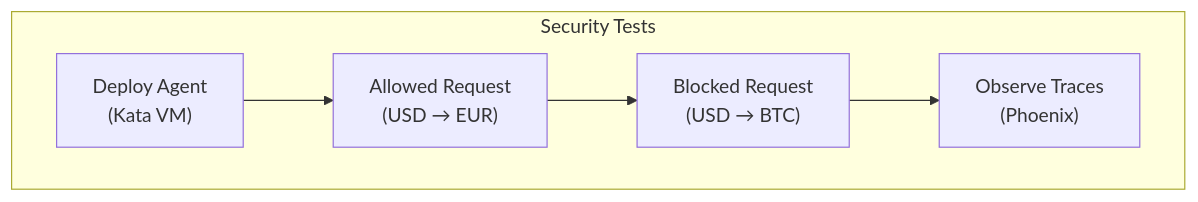
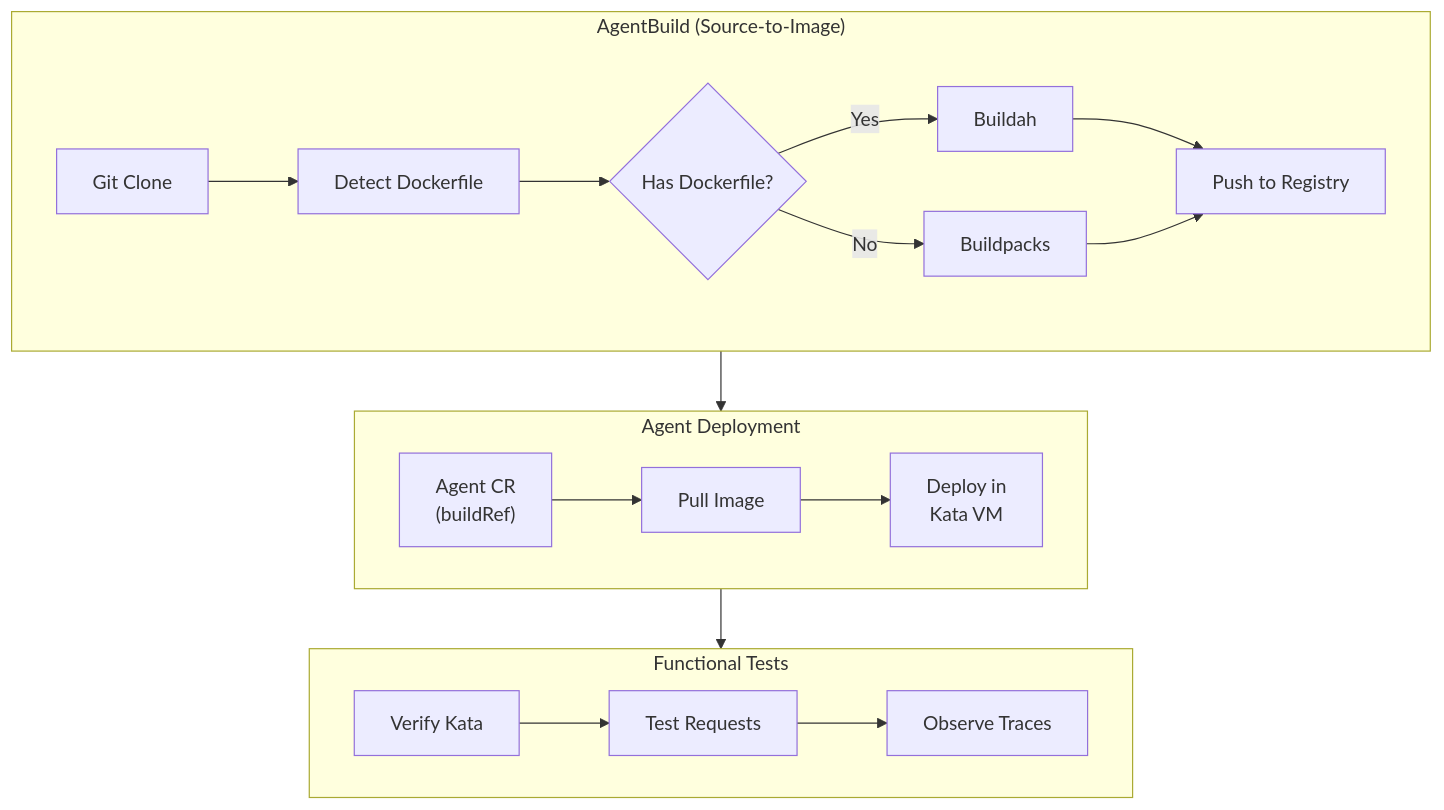
One commit to rrbanda/agent-sandbox-ocp changed the diagram in docs/workshop/04-deploy-and-test/index.md. Above: the diagram before and after it, drawn with Mermaid. The commit also changed other lines of this file and 48 other files, not shown here.

Commit message:
Reorganize workshop with AgentBuild, Security Hardening modules

````diff
--- a/docs/workshop/04-deploy-and-test/index.md
+++ b/docs/workshop/04-deploy-and-test/index.md
@@ -22,11 +32,23 @@
 ```mermaid
 flowchart TD
-    subgraph Tests["Security Tests"]
-        T1["Deploy Agent<br/>(Kata VM)"]
-        T2["Allowed Request<br/>(USD → EUR)"]
-        T3["Blocked Request<br/>(USD → BTC)"]
-        T4["Observe Traces<br/>(Phoenix)"]
+    subgraph Build["AgentBuild (Source-to-Image)"]
+        B1["Git Clone"] --> B2["Detect Dockerfile"]
+        B2 --> B3{"Has Dockerfile?"}
+        B3 -->|Yes| B4["Buildah"]
+        B3 -->|No| B5["Buildpacks"]
+        B4 --> B6["Push to Registry"]
+        B5 --> B6
     end
     
-    T1 --> T2 --> T3 --> T4
+    subgraph Deploy["Agent Deployment"]
+        D1["Agent CR<br/>(buildRef)"] --> D2["Pull Image"]
+        D2 --> D3["Deploy in<br/>Kata VM"]
+    end
+    
+    subgraph Test["Functional Tests"]
+        T1["Verify Kata"] --> T2["Test Requests"]
+        T2 --> T3["Observe Traces"]
+    end
+    
+    Build --> Deploy --> Test
 ```
````
